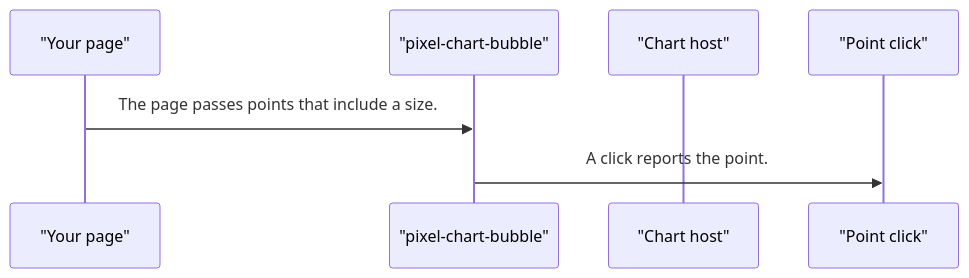
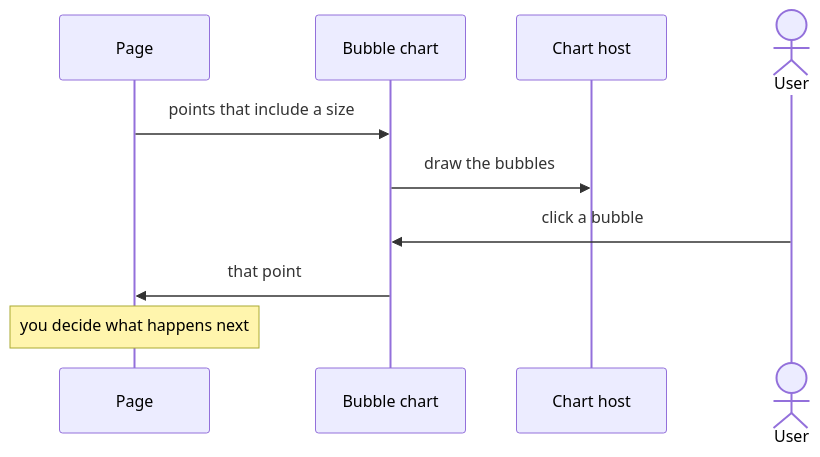
The fifth of 5 diagrams in projects/pixel-ui/src/lib/pixel-chart-bubble/DESIGN.md (RajshekharBorate/pixel-ui), drawn with Mermaid before and after one commit. The commit also changed other lines of this file and 73 other files, not shown here.

Commit message:
Explain who owns each value and what each flow does in every component and service design.

````diff
--- a/projects/pixel-ui/src/lib/pixel-chart-bubble/DESIGN.md
+++ b/projects/pixel-ui/src/lib/pixel-chart-bubble/DESIGN.md
@@ -93,9 +120,12 @@
 ```mermaid
 sequenceDiagram
-  participant page as "Your page"
-  participant plot as "pixel-chart-bubble"
-  participant host as "Chart host"
-  participant click as "Point click"
-  page->>plot: The page passes points that include a size.
-  plot->>click: A click reports the point.
+  participant Page
+  participant Plot as Bubble chart
+  participant Host as Chart host
+  Page->>Plot: points that include a size
+  Plot->>Host: draw the bubbles
+  actor User
+  User->>Plot: click a bubble
+  Plot->>Page: that point
+  Note over Page: you decide what happens next
 ```
````
